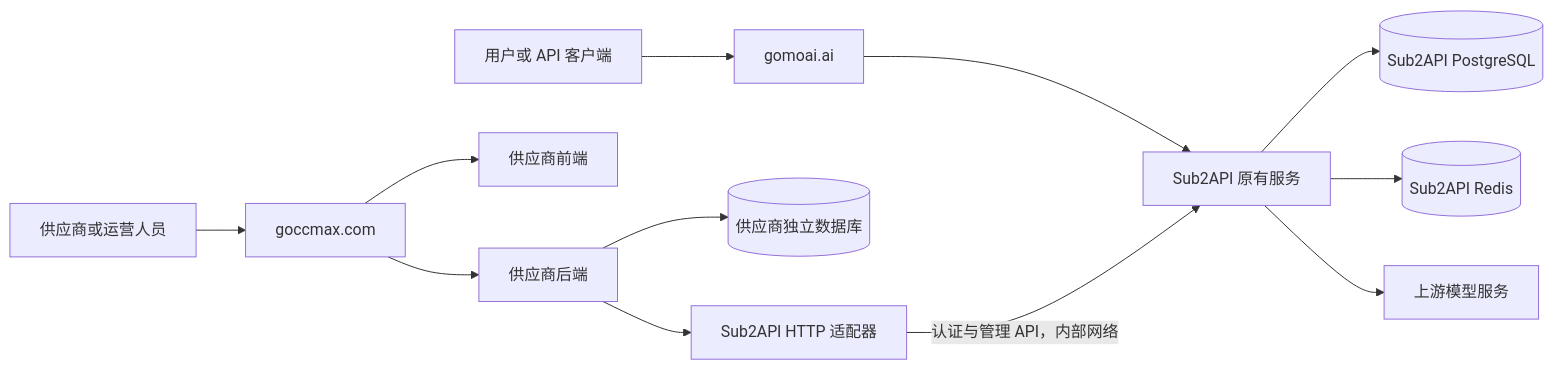
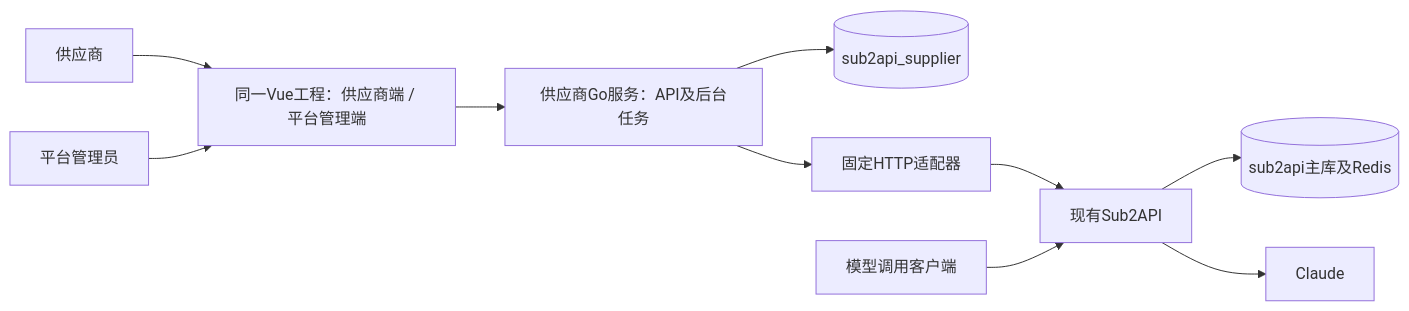
The diagram in extensions/supplier/docs/architecture.md (moxaitoken/sub2api), drawn with Mermaid before and after one commit. The commit also changed other lines of this file and 122 other files, not shown here.

````diff
--- a/extensions/supplier/docs/architecture.md
+++ b/extensions/supplier/docs/architecture.md
@@ -27,14 +13,12 @@
 ```mermaid
 flowchart LR
-    U[用户或 API 客户端] --> G[gomoai.ai]
-    G --> S[Sub2API 原有服务]
-    S --> P[(Sub2API PostgreSQL)]
-    S --> R[(Sub2API Redis)]
-    S --> M[上游模型服务]
-    V[供应商或运营人员] --> VHOST[goccmax.com]
-    VHOST --> F[供应商前端]
-    VHOST --> B[供应商后端]
-    B --> D[(供应商独立数据库)]
-    B --> A[Sub2API HTTP 适配器]
-    A -->|认证与管理 API，内部网络| S
+    V[供应商] --> UI[同一Vue工程：供应商端 / 平台管理端]
+    A[平台管理员] --> UI
+    UI --> B[供应商Go服务：API及后台任务]
+    B --> D[(sub2api_supplier)]
+    B --> AD[固定HTTP适配器]
+    AD --> S[现有Sub2API]
+    C[模型调用客户端] --> S
+    S --> P[(sub2api主库及Redis)]
+    S --> M[Claude]
 ```
````
